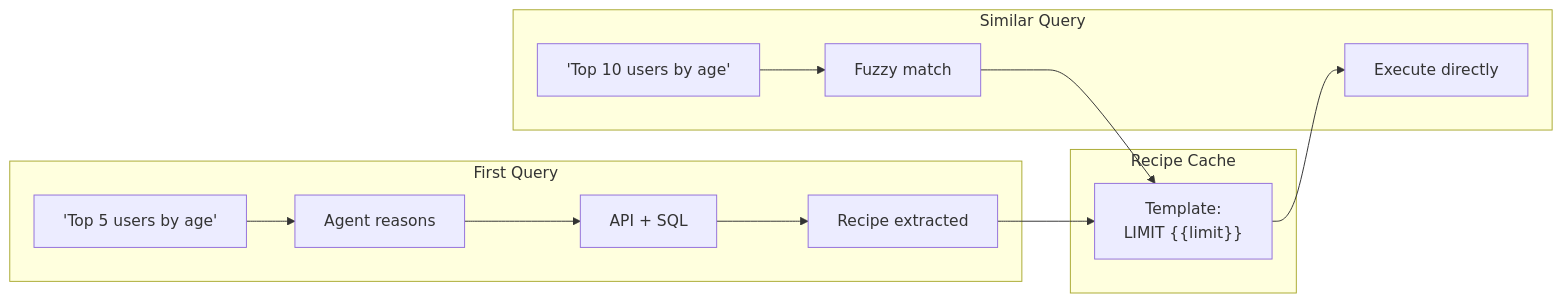
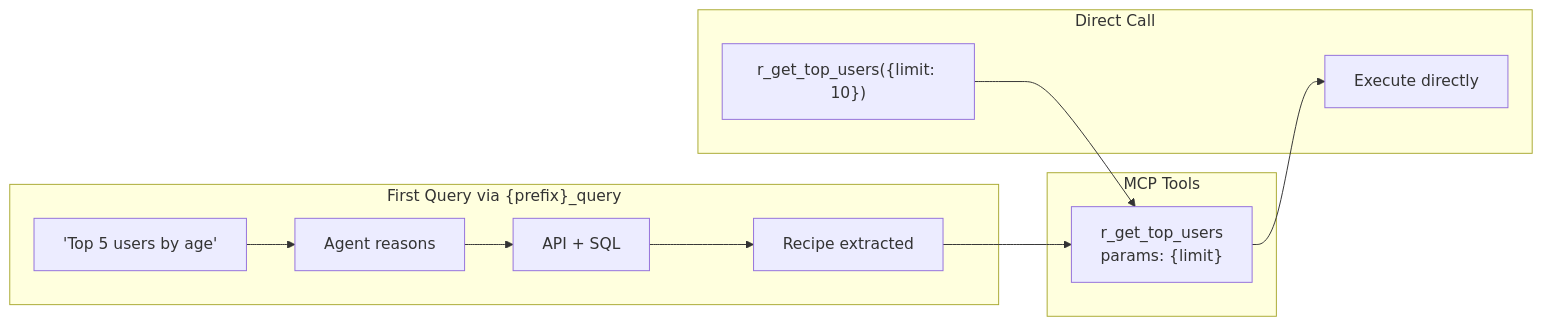
One commit to karthikrajkumar/api-agent changed the third of 3 diagrams in README.md. Above: the diagram before and after it, drawn with Mermaid. The commit also changed other lines of this file and 31 other files, not shown here.

````diff
--- a/README.md
+++ b/README.md
@@ -199,22 +210,21 @@
 ```mermaid
 flowchart LR
-    subgraph First["First Query"]
+    subgraph First["First Query via {prefix}_query"]
         Q1["'Top 5 users by age'"]
         A1["Agent reasons"]
         E1["API + SQL"]
         R1["Recipe extracted"]
     end
 
-    subgraph Cache["Recipe Cache"]
-        T["Template:<br/>LIMIT {{limit}}"]
+    subgraph Tools["MCP Tools"]
+        T["r_get_top_users<br/>params: {limit}"]
     end
 
-    subgraph Reuse["Similar Query"]
-        Q2["'Top 10 users by age'"]
-        M["Fuzzy match"]
+    subgraph Reuse["Direct Call"]
+        Q2["r_get_top_users({limit: 10})"]
         X["Execute directly"]
     end
 
     Q1 --> A1 --> E1 --> R1 --> T
-    Q2 --> M --> T --> X
+    Q2 --> T --> X
 ```
````
